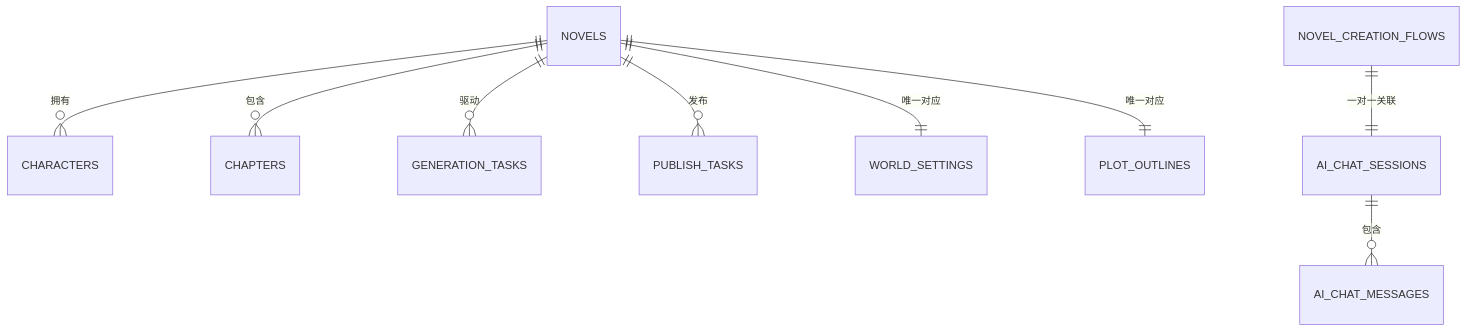
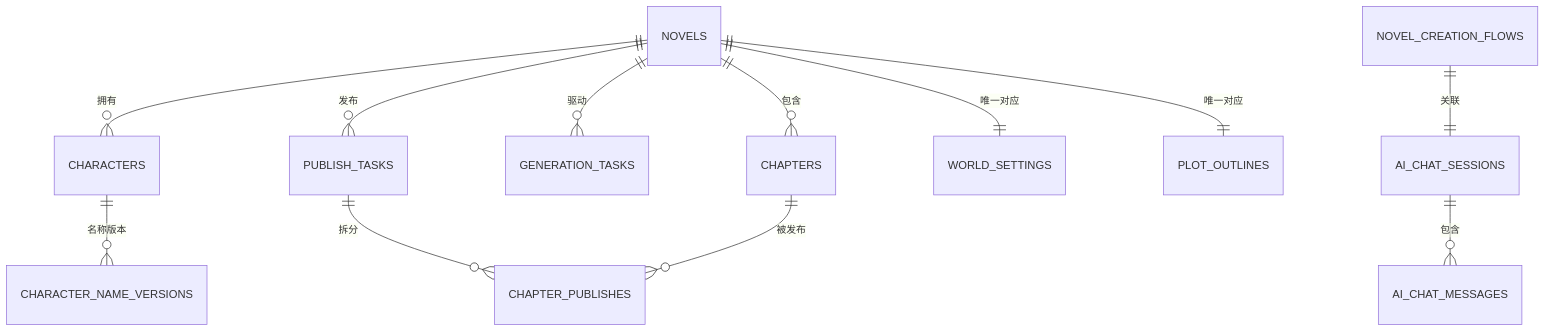
The sixth of 11 diagrams in .qoder/repowiki/zh/content/后端架构/数据库设计.md (xfbyxq/ai-novel-system), drawn with Mermaid before and after one commit. The commit also changed other lines of this file and 38 other files, not shown here.

````diff
--- a/.qoder/repowiki/zh/content/后端架构/数据库设计.md
+++ b/.qoder/repowiki/zh/content/后端架构/数据库设计.md
@@ -384,11 +356,14 @@
 ```mermaid
 erDiagram
 NOVELS ||--o{ CHARACTERS : "拥有"
 NOVELS ||--o{ CHAPTERS : "包含"
 NOVELS ||--o{ GENERATION_TASKS : "驱动"
 NOVELS ||--o{ PUBLISH_TASKS : "发布"
 NOVELS ||--|| WORLD_SETTINGS : "唯一对应"
 NOVELS ||--|| PLOT_OUTLINES : "唯一对应"
+PUBLISH_TASKS ||--o{ CHAPTER_PUBLISHES : "拆分"
+CHAPTERS ||--o{ CHAPTER_PUBLISHES : "被发布"
 AI_CHAT_SESSIONS ||--o{ AI_CHAT_MESSAGES : "包含"
-NOVEL_CREATION_FLOWS ||--|| AI_CHAT_SESSIONS : "一对一关联"
+NOVEL_CREATION_FLOWS ||--|| AI_CHAT_SESSIONS : "关联"
+CHARACTERS ||--o{ CHARACTER_NAME_VERSIONS : "名称版本"
 ```
````
